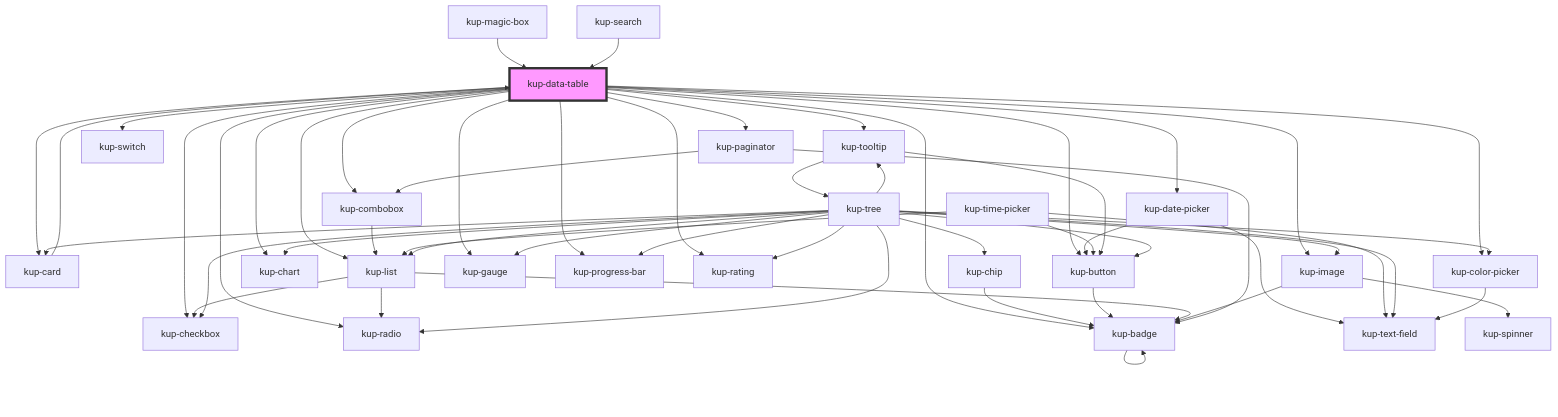
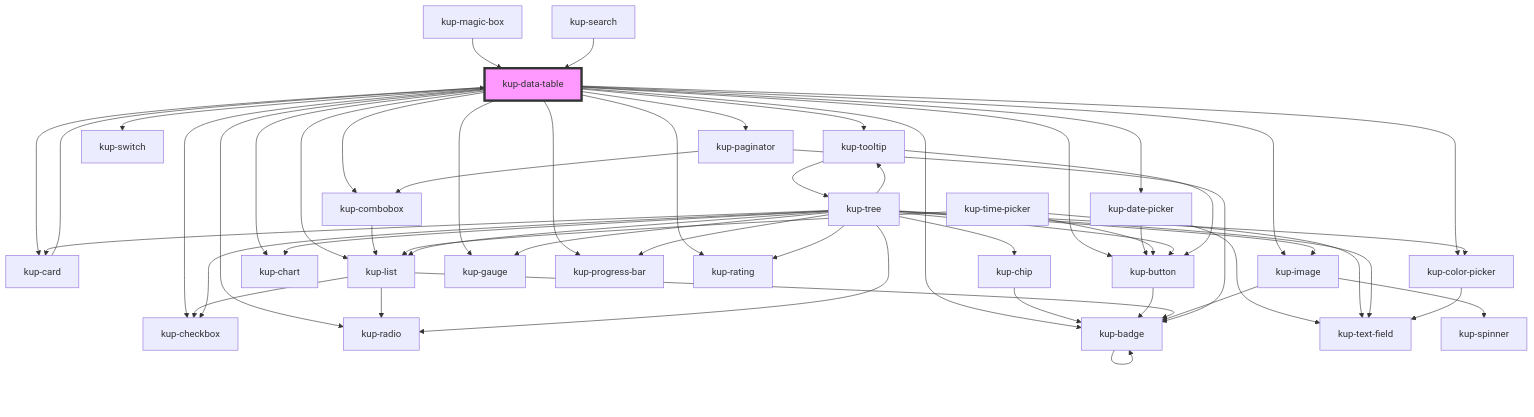
One commit to smeup/ketchup changed the diagram in packages/ketchup/src/components/kup-data-table/readme.md. Above: the diagram before and after it, drawn with Mermaid. The commit also changed other lines of this file and 13 other files, not shown here.

````diff
--- a/packages/ketchup/src/components/kup-data-table/readme.md
+++ b/packages/ketchup/src/components/kup-data-table/readme.md
@@ -228,57 +228,57 @@
 ```mermaid
 graph TD;
   kup-data-table --> kup-card
   kup-data-table --> kup-checkbox
   kup-data-table --> kup-tooltip
   kup-data-table --> kup-list
   kup-data-table --> kup-date-picker
   kup-data-table --> kup-image
   kup-data-table --> kup-button
   kup-data-table --> kup-chart
   kup-data-table --> kup-color-picker
   kup-data-table --> kup-gauge
   kup-data-table --> kup-progress-bar
   kup-data-table --> kup-rating
   kup-data-table --> kup-radio
   kup-data-table --> kup-paginator
   kup-data-table --> kup-switch
   kup-data-table --> kup-combobox
   kup-data-table --> kup-badge
   kup-card --> kup-data-table
   kup-chip --> kup-badge
   kup-badge --> kup-badge
   kup-button --> kup-badge
   kup-combobox --> kup-list
   kup-list --> kup-radio
   kup-list --> kup-checkbox
   kup-list --> kup-badge
   kup-date-picker --> kup-text-field
   kup-date-picker --> kup-button
   kup-time-picker --> kup-text-field
   kup-time-picker --> kup-button
   kup-time-picker --> kup-list
-  kup-tooltip --> kup-button
-  kup-tooltip --> kup-tree
   kup-tree --> kup-image
   kup-tree --> kup-button
   kup-tree --> kup-chart
   kup-tree --> kup-checkbox
   kup-tree --> kup-chip
   kup-tree --> kup-color-picker
   kup-tree --> kup-gauge
   kup-tree --> kup-progress-bar
   kup-tree --> kup-rating
   kup-tree --> kup-radio
   kup-tree --> kup-tooltip
   kup-tree --> kup-list
   kup-tree --> kup-text-field
   kup-tree --> kup-card
   kup-image --> kup-spinner
   kup-image --> kup-badge
   kup-color-picker --> kup-text-field
+  kup-tooltip --> kup-button
+  kup-tooltip --> kup-tree
   kup-paginator --> kup-combobox
   kup-paginator --> kup-badge
   kup-magic-box --> kup-data-table
   kup-search --> kup-data-table
   style kup-data-table fill:#f9f,stroke:#333,stroke-width:4px
 ```
````
